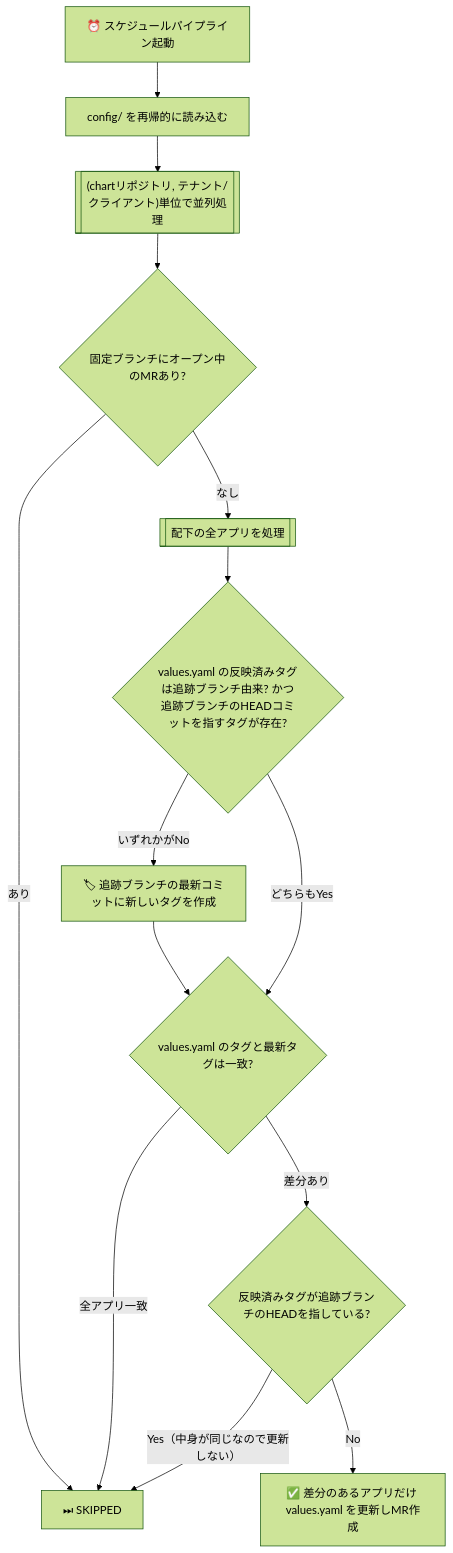
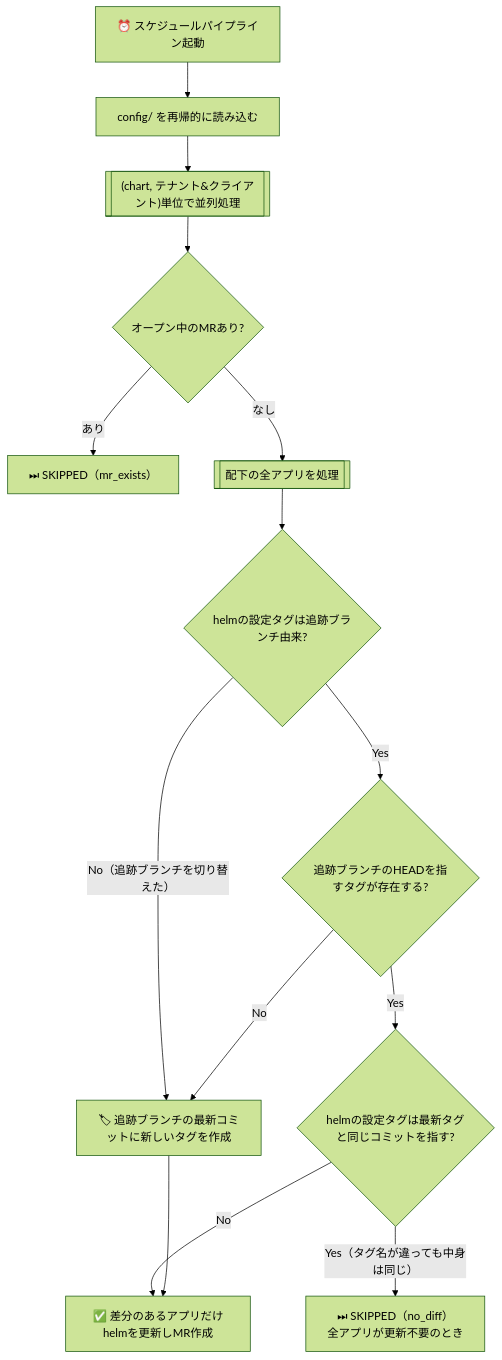
The diagram in README.md (sinnlosses/helm-yadokari), drawn with Mermaid (forest theme) before and after one commit. The commit also changed other lines of this file, not shown here.

Commit message:
仕組みのmermaid図から重複した判定ノードを取り除く
同じ「HEADを指す」という言葉で違う主語を語るノードが2つあり、判定が重複して
見えていた。実際には片方は「HEADを指すタグが存在するか」（タグ一覧が主語）、
もう片方は「設定タグ自身がHEADを指すか」（設定タグが主語）で別物。

- 主語の違う2句を1ノードに詰めていた G を、G1（追跡ブランチ由来か）と
  G2（HEADを指すタグが存在するか）に分割。「いずれかがNo/どちらもYes」という
  読みにくいラベルも不要になった
- 「一致する?」と「HEADを指す?」はどちらも「デプロイされる中身が変わるか」を
  聞いているだけなので、「最新タグと同じコミットを指す?」1つに統合
- 新しいタグを作った経路（H）は必ず更新になるため J へ直行させた。この経路では
  統合前の K は常に No で、分岐として意味を持っていなかった
- SKIPPED を mr_exists / no_diff の2ノードに分けた。実際のログもこの2つを別の
  理由として出しており、アプリ単位の判定とクライアント単位の結果の混同も解ける

Claude-Session: https://claude.ai/code/session_01D7vx7NKWwAVqXSYdR2KMTP

````diff
--- a/README.md
+++ b/README.md
@@ -97,16 +97,16 @@
 ```mermaid
 flowchart TD
     A[⏰ スケジュールパイプライン起動] --> B[config/ を再帰的に読み込む]
-    B --> C[["(chartリポジトリ, テナント/クライアント)単位で並列処理"]]
-    C --> D{固定ブランチにオープン中のMRあり?}
-    D -->|あり| E[⏭ SKIPPED]
+    B --> C[["(chart, テナント&クライアント)単位で並列処理"]]
+    C --> D{オープン中のMRあり?}
+    D -->|あり| E1["⏭ SKIPPED（mr_exists）"]
     D -->|なし| F[[配下の全アプリを処理]]
-    F --> G{values.yaml の反映済みタグは追跡ブランチ由来? かつ<br/>追跡ブランチのHEADコミットを指すタグが存在?}
-    G -->|いずれかがNo| H[🏷 追跡ブランチの最新コミットに新しいタグを作成]
-    H --> I
-    G -->|どちらもYes| I{values.yaml のタグと最新タグは一致?}
-    I -->|全アプリ一致| E
-    I -->|差分あり| K{反映済みタグが追跡ブランチのHEADを指している?}
-    K -->|Yes（中身が同じなので更新しない）| E
-    K -->|No| J[✅ 差分のあるアプリだけ values.yaml を更新しMR作成]
+    F --> G1{helmの設定タグは追跡ブランチ由来?}
+    G1 -->|No（追跡ブランチを切り替えた）| H[🏷 追跡ブランチの最新コミットに新しいタグを作成]
+    G1 -->|Yes| G2{追跡ブランチのHEADを指すタグが存在する?}
+    G2 -->|No| H
+    G2 -->|Yes| I{helmの設定タグは最新タグと同じコミットを指す?}
+    I -->|Yes（タグ名が違っても中身は同じ）| E2["⏭ SKIPPED（no_diff）<br/>全アプリが更新不要のとき"]
+    I -->|No| J[✅ 差分のあるアプリだけhelmを更新しMR作成]
+    H --> J
 ```
````
